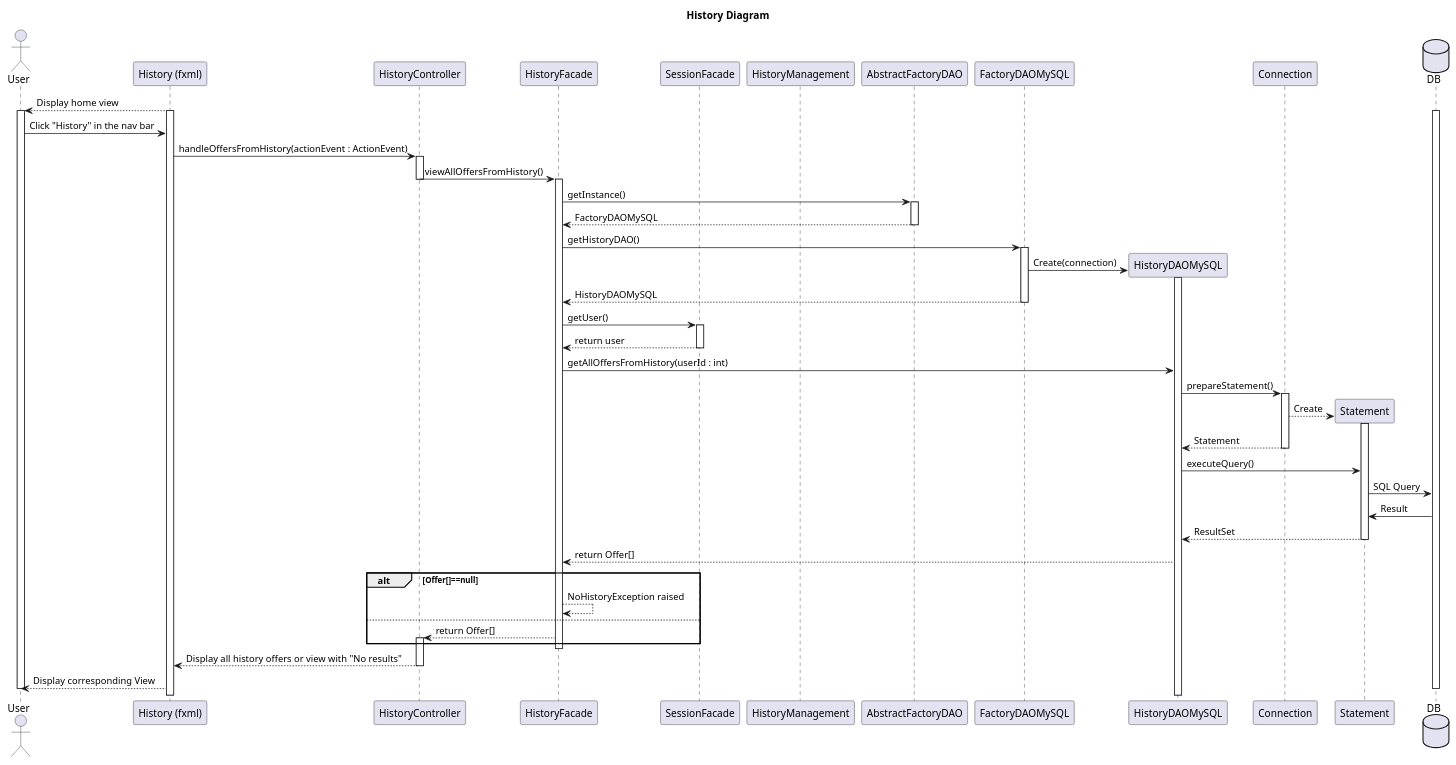
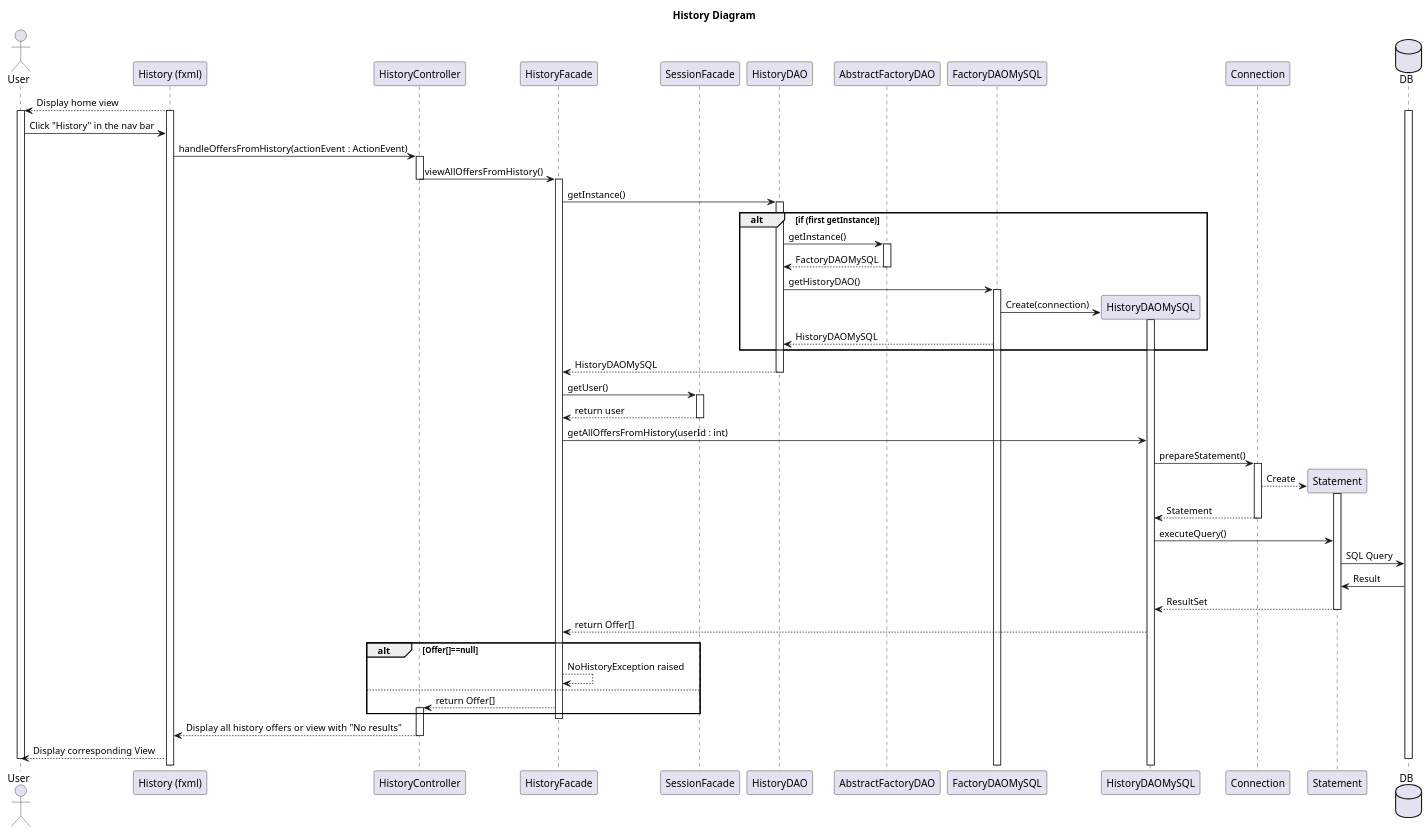
One commit to LaunoisRemy/ToolShare changed the diagram in documents/diagram/history/historySequence.puml. Above: the diagram before and after it, drawn with PlantUML. The commit also changed 3 other files, not shown here.

Commit message:
UPDATE : reduce coupling in reservation & history diagrams

```diff
--- a/documents/diagram/history/historySequence.puml
+++ b/documents/diagram/history/historySequence.puml
@@ -1,102 +1,101 @@
 @startuml
 title History Diagram
 
 actor User
 participant "History (fxml)"
 participant HistoryController
 participant HistoryFacade
 participant SessionFacade
-participant HistoryManagement
+participant HistoryDAO
 participant AbstractFactoryDAO
 participant FactoryDAOMySQL
 participant HistoryDAOMySQL
 participant Connection
 participant Statement
 database DB
 
 
 "History (fxml)"-->User: Display home view
 
 activate "History (fxml)"
 activate User
 activate DB
 
 
 User->"History (fxml)": Click "History" in the nav bar
 
 "History (fxml)"->HistoryController: handleOffersFromHistory(actionEvent : ActionEvent)
 
 activate HistoryController
 
 HistoryController->HistoryFacade:viewAllOffersFromHistory()
 
 deactivate HistoryController
 
 activate HistoryFacade
 
-HistoryFacade->AbstractFactoryDAO:getInstance()
-activate AbstractFactoryDAO
+HistoryFacade->HistoryDAO : getInstance()
+alt if (first getInstance)
+    activate HistoryDAO
+    HistoryDAO -> AbstractFactoryDAO : getInstance()
+    activate AbstractFactoryDAO
+    AbstractFactoryDAO --> HistoryDAO : FactoryDAOMySQL
+    deactivate AbstractFactoryDAO
 
-AbstractFactoryDAO--> HistoryFacade : FactoryDAOMySQL
-deactivate AbstractFactoryDAO
-
-HistoryFacade -> FactoryDAOMySQL:getHistoryDAO()
-
-activate FactoryDAOMySQL
-
-FactoryDAOMySQL->HistoryDAOMySQL **:Create(connection)
-
-activate HistoryDAOMySQL
-FactoryDAOMySQL-->HistoryFacade:HistoryDAOMySQL
-
-deactivate FactoryDAOMySQL
+    HistoryDAO -> FactoryDAOMySQL : getHistoryDAO()
+    activate FactoryDAOMySQL
+    FactoryDAOMySQL -> HistoryDAOMySQL **:Create(connection)
+    activate HistoryDAOMySQL
+    FactoryDAOMySQL --> HistoryDAO : HistoryDAOMySQL
+end
+HistoryDAO --> HistoryFacade : HistoryDAOMySQL
+deactivate HistoryDAO
 
 HistoryFacade->SessionFacade: getUser()
 activate SessionFacade
 SessionFacade-->HistoryFacade: return user
 deactivate SessionFacade
 
 HistoryFacade->HistoryDAOMySQL:getAllOffersFromHistory(userId : int)
 HistoryDAOMySQL->Connection: prepareStatement()
 activate Connection
 
 Connection-->Statement **: Create
 
 activate Statement
 
 Connection-->HistoryDAOMySQL: Statement
 
 deactivate Connection
 
 HistoryDAOMySQL->Statement:executeQuery()
 
 Statement->DB: SQL Query
 
 DB->Statement:Result
 
 Statement-->HistoryDAOMySQL: ResultSet
 
 deactivate Statement
 
 HistoryDAOMySQL-->HistoryFacade: return Offer[]
 alt Offer[]==null
     HistoryFacade-->HistoryFacade: NoHistoryException raised
 else
     HistoryFacade-->HistoryController : return Offer[]
     activate HistoryController
 end
 
 
 deactivate HistoryFacade
 
 HistoryController-->"History (fxml)": Display all history offers or view with "No results"
 
 deactivate HistoryController
 
 "History (fxml)"-->User: Display corresponding View
 
 deactivate DB
-deactivate HistoryManagement
 deactivate User
 
 @enduml
```
